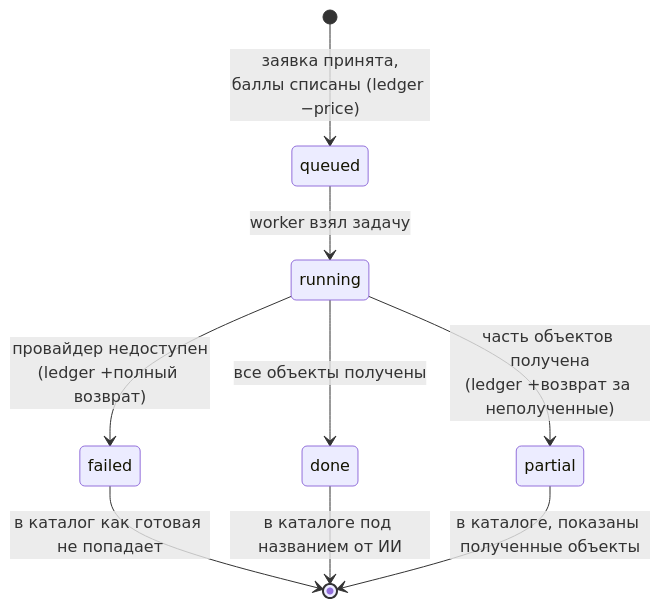
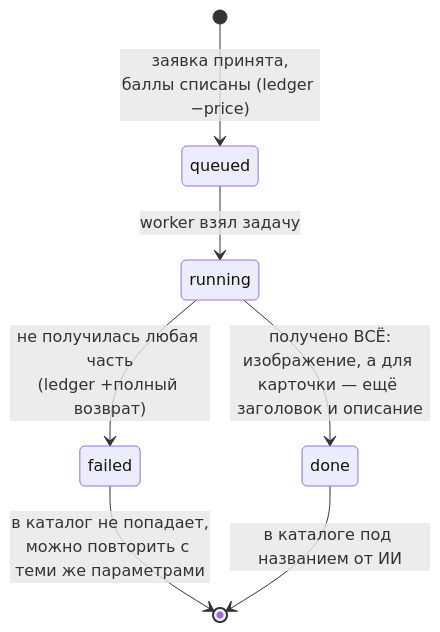
The sixth of 6 diagrams in docs/VISUALS.md (ovr58/MerchKit), drawn with Mermaid before and after one commit. The commit also changed other lines of this file and 34 other files, not shown here.

````diff
--- a/docs/VISUALS.md
+++ b/docs/VISUALS.md
@@ -263,11 +314,9 @@
 ```mermaid
 stateDiagram-v2
     [*] --> queued: заявка принята,<br/>баллы списаны (ledger −price)
     queued --> running: worker взял задачу
-    running --> done: все объекты получены
-    running --> partial: часть объектов получена<br/>(ledger +возврат за неполученные)
-    running --> failed: провайдер недоступен<br/>(ledger +полный возврат)
-    failed --> [*]: в каталог как готовая не попадает
+    running --> done: получено ВСЁ:<br/>изображение, а для карточки — ещё заголовок и описание
+    running --> failed: не получилась любая часть<br/>(ledger +полный возврат)
+    failed --> [*]: в каталог не попадает,<br/>можно повторить с теми же параметрами
     done --> [*]: в каталоге под названием от ИИ
-    partial --> [*]: в каталоге, показаны полученные объекты
 ```
````
